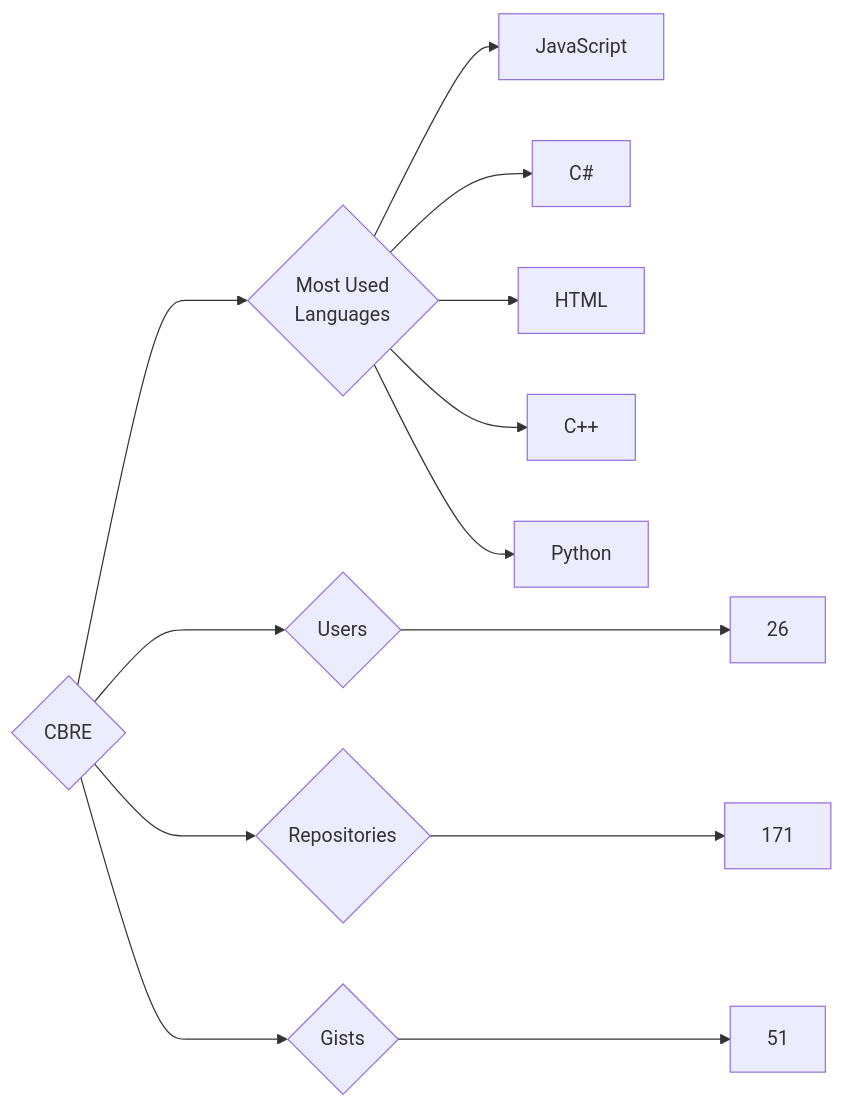
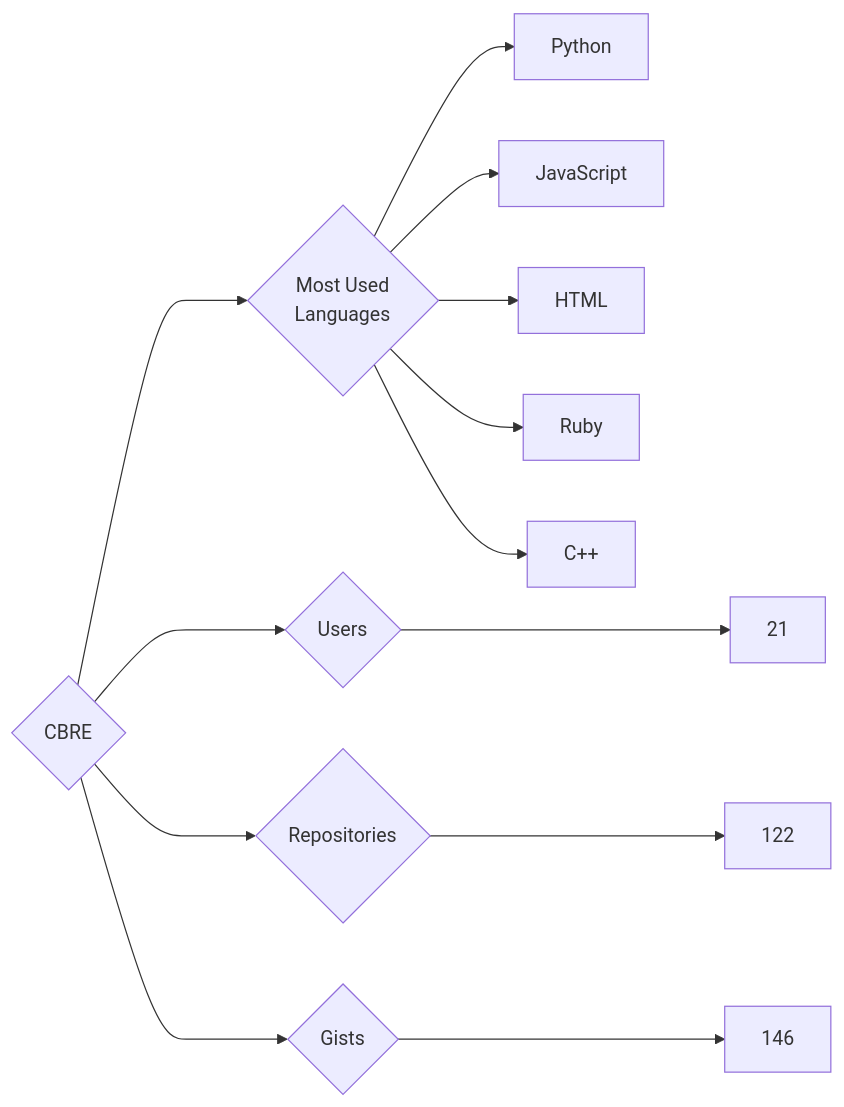
The diagram in targets/CBRE/README.md (trickest/insiders), drawn with Mermaid before and after one commit. The commit also changed 1084 other files, not shown here.

````diff
--- a/targets/CBRE/README.md
+++ b/targets/CBRE/README.md
@@ -3,13 +3,13 @@
 ```mermaid
 graph LR
 COMPANY_NAME{CBRE}
-COMPANY_NAME ---> U{Users} ---> UN[26]
-COMPANY_NAME ---> R{Repositories} ---> RN[171]
-COMPANY_NAME ---> G{Gists} ---> GN[51]
+COMPANY_NAME ---> U{Users} ---> UN[21]
+COMPANY_NAME ---> R{Repositories} ---> RN[122]
+COMPANY_NAME ---> G{Gists} ---> GN[146]
 COMPANY_NAME ---> ML{Most Used<br>Languages}
+ML --> Python[Python]
 ML --> JavaScript[JavaScript]
-ML --> C#[C#]
 ML --> HTML[HTML]
+ML --> Ruby[Ruby]
 ML --> C++[C++]
-ML --> Python[Python]
 ```
````
